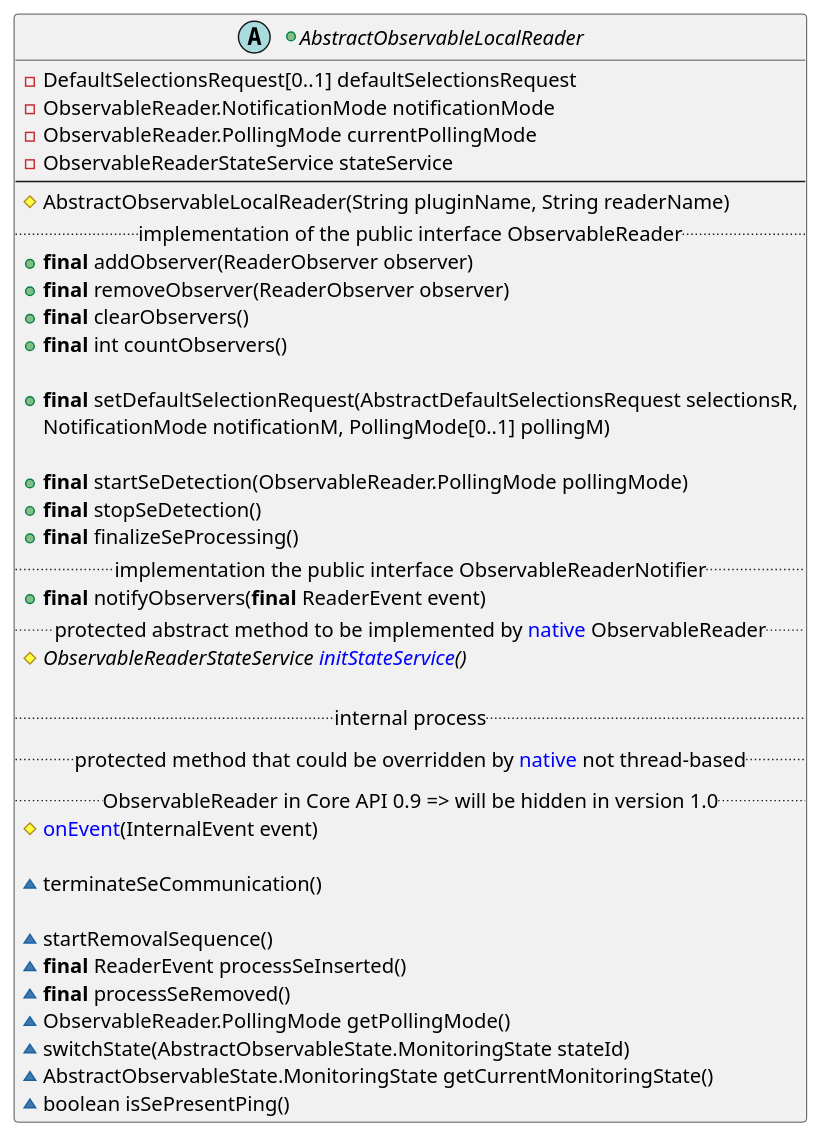
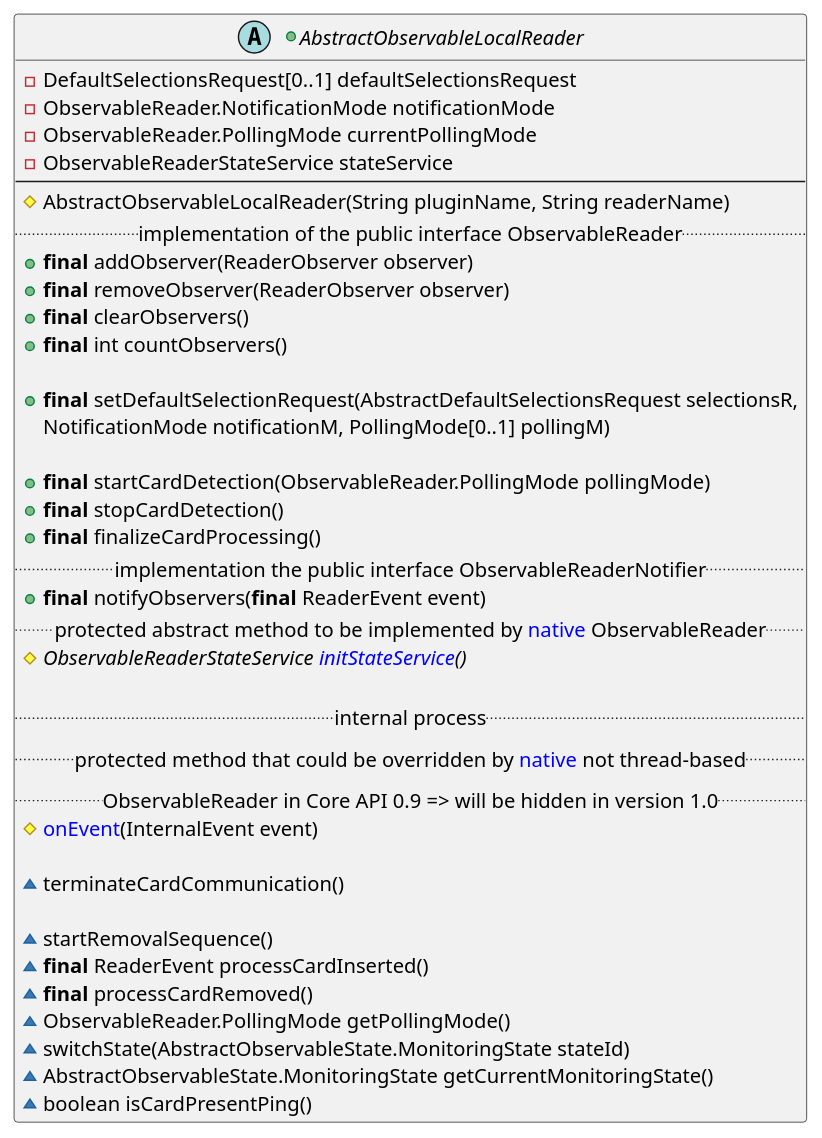
The tenth of 11 diagrams in src/KeypleCoreApi/puml/KeypleCore_Plugin_ClassDiag_ClassElements.iuml (calypsonet/keyple), drawn with PlantUML before and after one commit. The commit also changed other lines of this file and 10 other files, not shown here.

```diff
--- a/src/KeypleCoreApi/puml/KeypleCore_Plugin_ClassDiag_ClassElements.iuml
+++ b/src/KeypleCoreApi/puml/KeypleCore_Plugin_ClassDiag_ClassElements.iuml
@@ -188,45 +189,45 @@
 @startuml(id=PLUGIN_OBSERVABLEREADER_1_0_0)
 +abstract AbstractObservableLocalReader {
   -DefaultSelectionsRequest[0..1] defaultSelectionsRequest
   -ObservableReader.NotificationMode notificationMode
   -ObservableReader.PollingMode currentPollingMode
   -ObservableReaderStateService stateService
   --
   #AbstractObservableLocalReader(String pluginName, String readerName)
 '
   .. implementation of the public interface ObservableReader ..
   +<b>final</b> addObserver(ReaderObserver observer)
   +<b>final</b> removeObserver(ReaderObserver observer)
   +<b>final</b> clearObservers()
   +<b>final</b> int countObservers()
 
   +<b>final</b> setDefaultSelectionRequest(AbstractDefaultSelectionsRequest selectionsR,
       NotificationMode notificationM, PollingMode[0..1] pollingM)
 
-  +<b>final</b> startSeDetection(ObservableReader.PollingMode pollingMode)
-  +<b>final</b> stopSeDetection()
-  +<b>final</b> finalizeSeProcessing()
+  +<b>final</b> startCardDetection(ObservableReader.PollingMode pollingMode)
+  +<b>final</b> stopCardDetection()
+  +<b>final</b> finalizeCardProcessing()
 '
   .. implementation the public interface ObservableReaderNotifier ..
   +<b>final</b> notifyObservers(<b>final</b> ReaderEvent event)
 '
   .. protected abstract method to be implemented by <color:blue>native</color> ObservableReader ..
   #{abstract} ObservableReaderStateService <color:blue>initStateService</color>()
 
   .. internal process ..
   .. protected method that could be overridden by <color:blue>native</color> not thread-based ..
   .. ObservableReader in Core API 0.9 => will be hidden in version 1.0 ..
   #<color:blue>onEvent</color>(InternalEvent event)
 '
 
-  ~terminateSeCommunication()
+  ~terminateCardCommunication()
 
   ~startRemovalSequence()
-  ~<b>final</b> ReaderEvent processSeInserted()
-  ~<b>final</b> processSeRemoved()
+  ~<b>final</b> ReaderEvent processCardInserted()
+  ~<b>final</b> processCardRemoved()
   ~ObservableReader.PollingMode getPollingMode()
   ~switchState(AbstractObservableState.MonitoringState stateId)
   ~AbstractObservableState.MonitoringState getCurrentMonitoringState()
-  ~boolean isSePresentPing()
+  ~boolean isCardPresentPing()
 }
 @enduml
```
